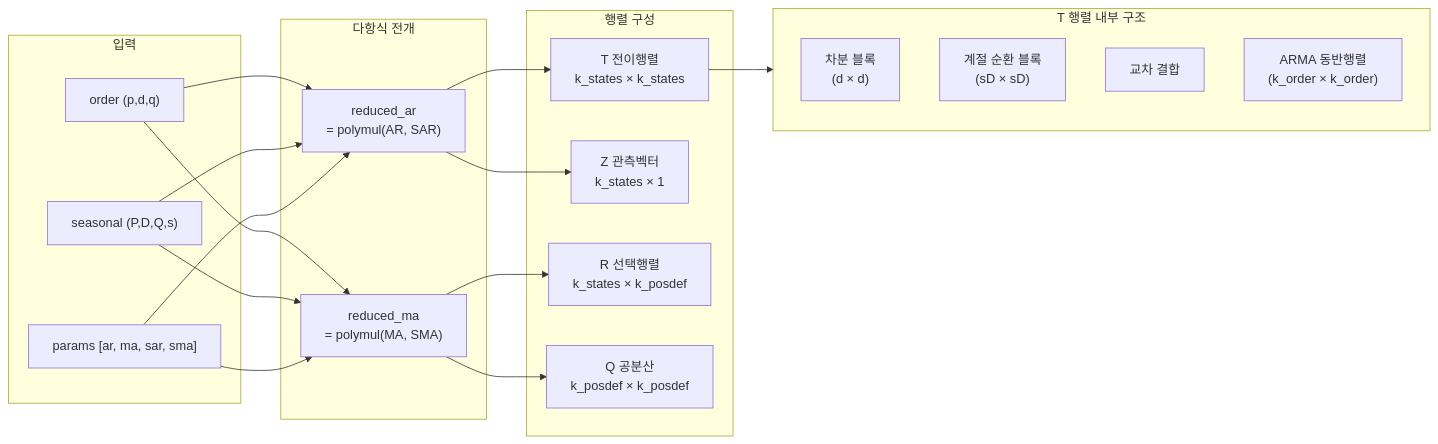
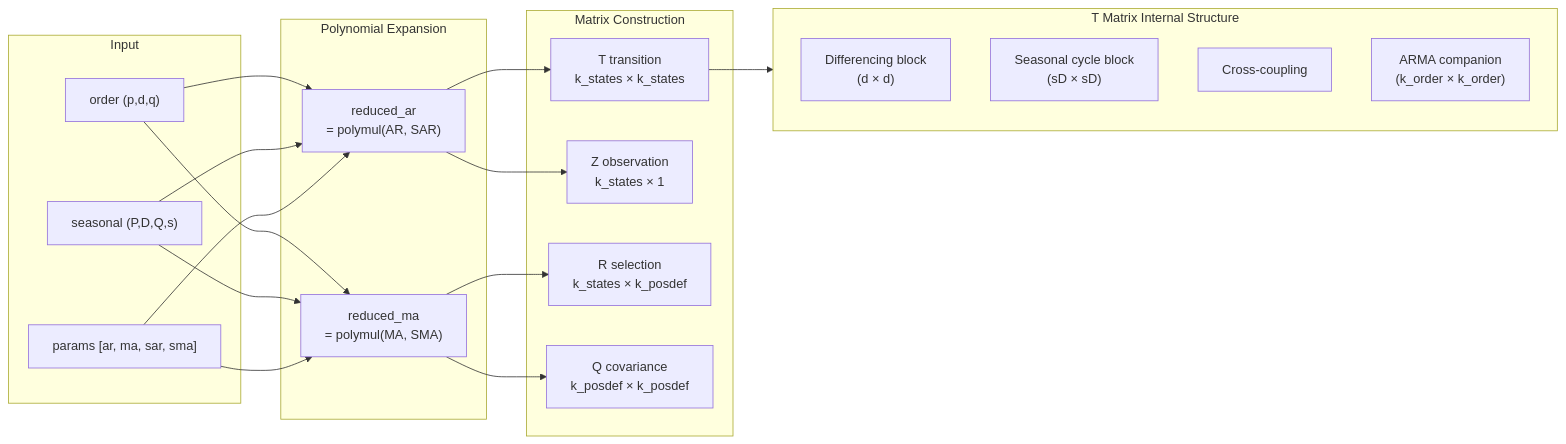
Before and after one commit to zongseung/Rust-python-arima: the fifth of 5 diagrams in README.md, drawn with Mermaid. The commit also changed other lines of this file and 5 other files, not shown here.

````diff
--- a/README.md
+++ b/README.md
@@ -297,41 +327,41 @@
 ```mermaid
 graph LR
-    subgraph Input["입력"]
+    subgraph Input
         ORDER["order (p,d,q)"]
         SEAS["seasonal (P,D,Q,s)"]
         PARAMS["params [ar, ma, sar, sma]"]
     end
 
-    subgraph Poly["다항식 전개"]
+    subgraph Polynomial["Polynomial Expansion"]
         RDAR["reduced_ar<br/>= polymul(AR, SAR)"]
         RDMA["reduced_ma<br/>= polymul(MA, SMA)"]
     end
 
-    subgraph Matrix["행렬 구성"]
-        T["T 전이행렬<br/>k_states × k_states"]
-        Z["Z 관측벡터<br/>k_states × 1"]
-        R["R 선택행렬<br/>k_states × k_posdef"]
-        Q["Q 공분산<br/>k_posdef × k_posdef"]
+    subgraph Matrix["Matrix Construction"]
+        T["T transition<br/>k_states × k_states"]
+        Z["Z observation<br/>k_states × 1"]
+        R["R selection<br/>k_states × k_posdef"]
+        Q["Q covariance<br/>k_posdef × k_posdef"]
     end
 
     ORDER --> RDAR
     SEAS --> RDAR
     PARAMS --> RDAR
     ORDER --> RDMA
     SEAS --> RDMA
     PARAMS --> RDMA
 
     RDAR --> T
     RDAR --> Z
     RDMA --> R
     RDMA --> Q
 
-    subgraph TBlocks["T 행렬 내부 구조"]
-        DIFF["차분 블록<br/>(d × d)"]
-        SDIFF["계절 순환 블록<br/>(sD × sD)"]
-        CROSS["교차 결합"]
-        ARMA["ARMA 동반행렬<br/>(k_order × k_order)"]
+    subgraph TBlocks["T Matrix Internal Structure"]
+        DIFF["Differencing block<br/>(d × d)"]
+        SDIFF["Seasonal cycle block<br/>(sD × sD)"]
+        CROSS["Cross-coupling"]
+        ARMA["ARMA companion<br/>(k_order × k_order)"]
     end
 
     T --> TBlocks
 ```
````
